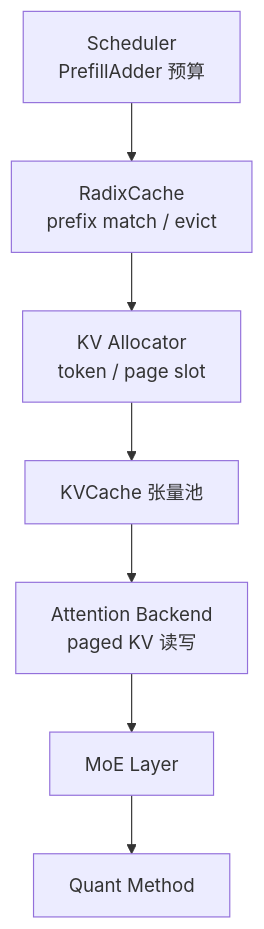
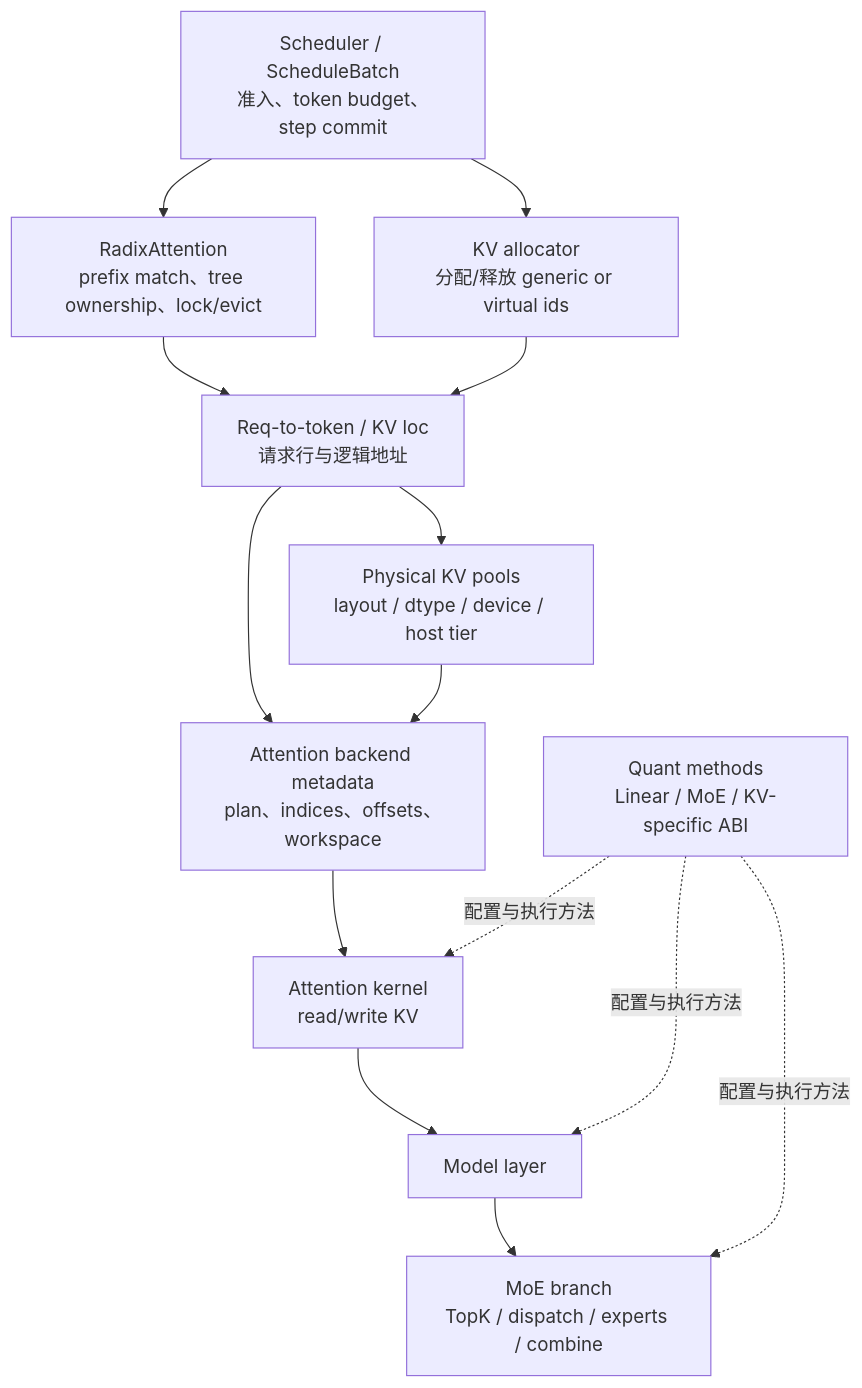
The diagram in sglang_reading/内存与Attention/SGLang-内存与Attention.md (OnlyHero5/sglang-reading-vault), drawn with Mermaid before and after one commit. The commit also changed other lines of this file and 512 other files, not shown here.

````diff
--- a/sglang_reading/内存与Attention/SGLang-内存与Attention.md
+++ b/sglang_reading/内存与Attention/SGLang-内存与Attention.md
@@ -37,16 +31,27 @@
 ```mermaid
 flowchart TB
- SCH["Scheduler<br/>PrefillAdder 预算"]
- RC["RadixCache<br/>prefix match / evict"]
- ALLOC["KV Allocator<br/>token / page slot"]
- POOL["KVCache 张量池"]
- ATTN["Attention Backend<br/>paged KV 读写"]
- MOE["MoE Layer"]
- QUANT["Quant Method"]
- SCH --> RC
- RC --> ALLOC
- ALLOC --> POOL
- POOL --> ATTN
- ATTN --> MOE
- MOE --> QUANT
+    SCH[Scheduler / ScheduleBatch<br/>准入、token budget、step commit]
+    RAD[RadixAttention<br/>prefix match、tree ownership、lock/evict]
+    MAP[Req-to-token / KV loc<br/>请求行与逻辑地址]
+    ALLOC[KV allocator<br/>分配/释放 generic or virtual ids]
+    POOL[Physical KV pools<br/>layout / dtype / device / host tier]
+    META[Attention backend metadata<br/>plan、indices、offsets、workspace]
+    ATTN[Attention kernel<br/>read/write KV]
+    MODEL[Model layer]
+    MOE[MoE branch<br/>TopK / dispatch / experts / combine]
+    QUANT[Quant methods<br/>Linear / MoE / KV-specific ABI]
+
+    SCH --> RAD
+    RAD --> MAP
+    SCH --> ALLOC
+    ALLOC --> MAP
+    MAP --> POOL
+    MAP --> META
+    POOL --> META
+    META --> ATTN
+    ATTN --> MODEL
+    MODEL --> MOE
+    QUANT -.配置与执行方法.-> ATTN
+    QUANT -.配置与执行方法.-> MOE
+    QUANT -.配置与执行方法.-> MODEL
 ```
````
